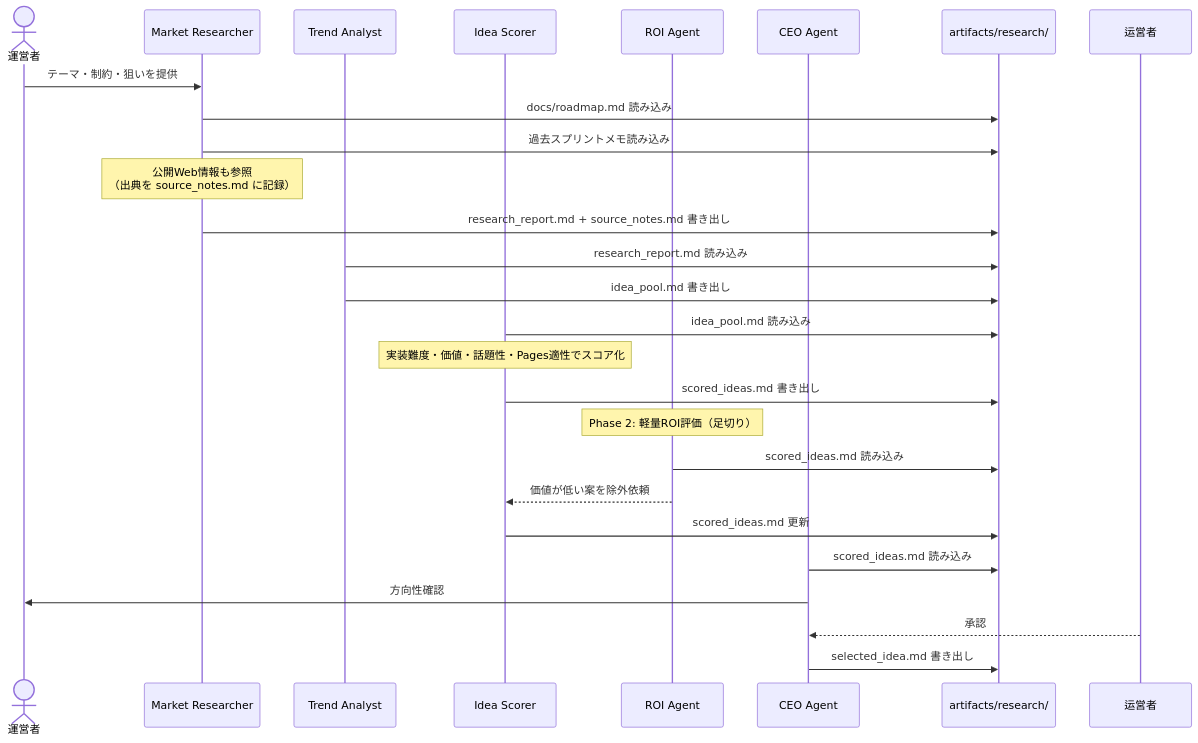
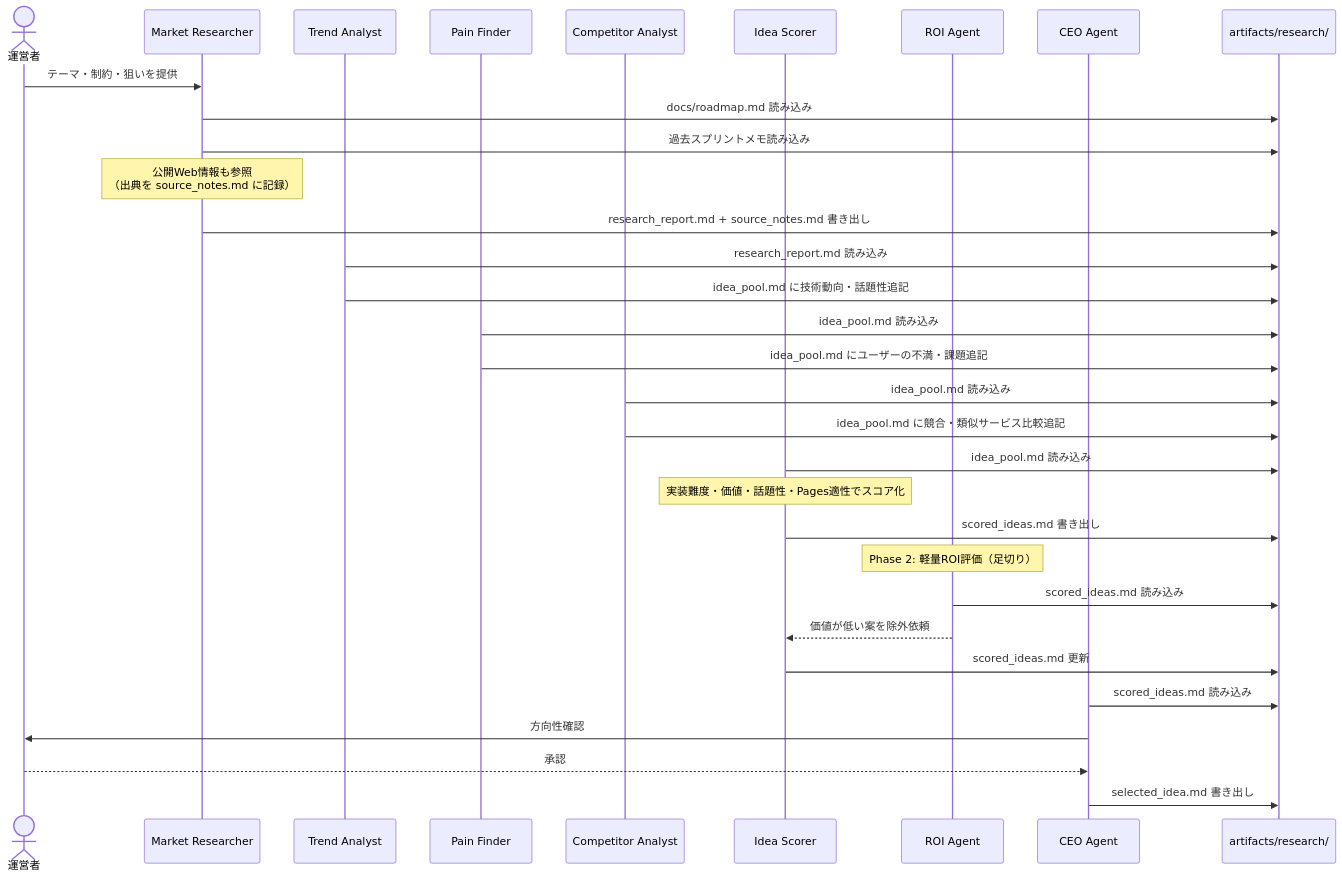
One commit to garyohosu/openclaw-app-company changed the third of 12 diagrams in SEQUENCE.md. Above: the diagram before and after it, drawn with Mermaid. The commit also changed other lines of this file, not shown here.

First line of the commit message:
Fix SEQUENCE.md to align with USECASE.md (v0.7)

````diff
--- a/SEQUENCE.md
+++ b/SEQUENCE.md
@@ -88,33 +88,41 @@
 ```mermaid
 sequenceDiagram
     actor 運営者
     participant MR as Market Researcher
     participant TA as Trend Analyst
+    participant PF as Pain Finder
+    participant CA as Competitor Analyst
     participant IS as Idea Scorer
     participant ROI as ROI Agent
     participant CEO as CEO Agent
     participant artifacts as artifacts/research/
 
     運営者 ->> MR: テーマ・制約・狙いを提供
     MR ->> artifacts: docs/roadmap.md 読み込み
     MR ->> artifacts: 過去スプリントメモ読み込み
     Note over MR: 公開Web情報も参照<br>（出典を source_notes.md に記録）
     MR ->> artifacts: research_report.md + source_notes.md 書き出し
 
     TA ->> artifacts: research_report.md 読み込み
-    TA ->> artifacts: idea_pool.md 書き出し
+    TA ->> artifacts: idea_pool.md に技術動向・話題性追記
+
+    PF ->> artifacts: idea_pool.md 読み込み
+    PF ->> artifacts: idea_pool.md にユーザーの不満・課題追記
+
+    CA ->> artifacts: idea_pool.md 読み込み
+    CA ->> artifacts: idea_pool.md に競合・類似サービス比較追記
 
     IS ->> artifacts: idea_pool.md 読み込み
     Note over IS: 実装難度・価値・話題性・Pages適性でスコア化
     IS ->> artifacts: scored_ideas.md 書き出し
 
     Note over ROI: Phase 2: 軽量ROI評価（足切り）
     ROI ->> artifacts: scored_ideas.md 読み込み
     ROI -->> IS: 価値が低い案を除外依頼
     IS ->> artifacts: scored_ideas.md 更新
 
     CEO ->> artifacts: scored_ideas.md 読み込み
     CEO ->> 運営者: 方向性確認
-    运営者 -->> CEO: 承認
+    運営者 -->> CEO: 承認
     CEO ->> artifacts: selected_idea.md 書き出し
 ```
````
